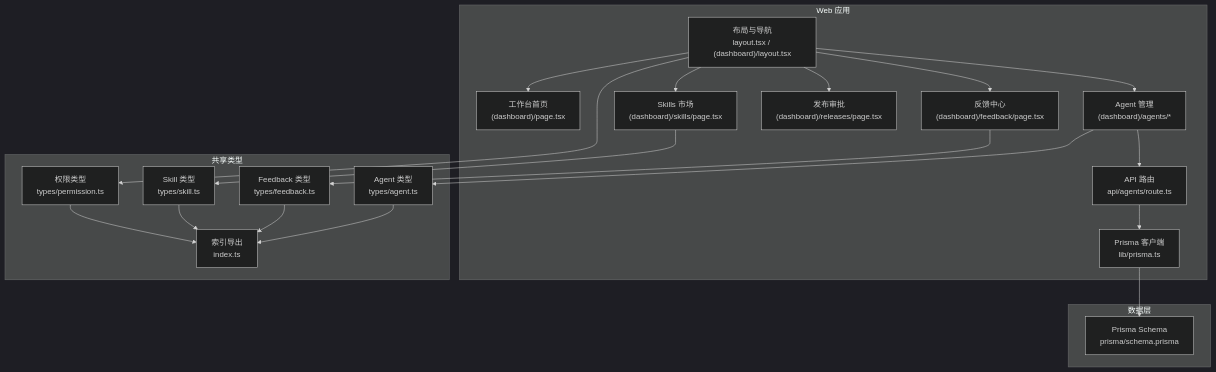
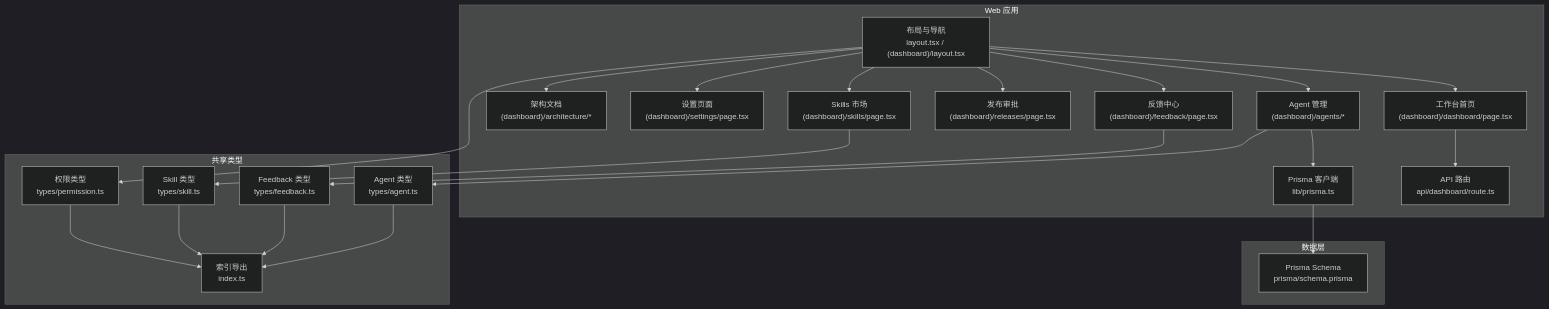
One commit to ai-guru-global/agent-up changed the first of 5 diagrams in .qoder/repowiki/zh/content/功能模块/功能模块.md. Above: the diagram before and after it, drawn with Mermaid (dark theme). The commit also changed other lines of this file and 13 other files, not shown here.

````diff
--- a/.qoder/repowiki/zh/content/功能模块/功能模块.md
+++ b/.qoder/repowiki/zh/content/功能模块/功能模块.md
@@ -45,39 +58,43 @@
 ```mermaid
 graph TB
 subgraph "Web 应用"
 A["布局与导航<br/>layout.tsx / (dashboard)/layout.tsx"]
-B["工作台首页<br/>(dashboard)/page.tsx"]
+B["工作台首页<br/>(dashboard)/dashboard/page.tsx"]
 C["Agent 管理<br/>(dashboard)/agents/*"]
 D["反馈中心<br/>(dashboard)/feedback/page.tsx"]
 E["发布审批<br/>(dashboard)/releases/page.tsx"]
 F["Skills 市场<br/>(dashboard)/skills/page.tsx"]
-G["API 路由<br/>api/agents/route.ts"]
-H["Prisma 客户端<br/>lib/prisma.ts"]
+G["设置页面<br/>(dashboard)/settings/page.tsx"]
+H["架构文档<br/>(dashboard)/architecture/*"]
+I["API 路由<br/>api/dashboard/route.ts"]
+J["Prisma 客户端<br/>lib/prisma.ts"]
 end
 subgraph "共享类型"
 S1["Agent 类型<br/>types/agent.ts"]
 S2["Feedback 类型<br/>types/feedback.ts"]
 S3["Skill 类型<br/>types/skill.ts"]
 S4["权限类型<br/>types/permission.ts"]
 S5["索引导出<br/>index.ts"]
 end
 subgraph "数据层"
 P["Prisma Schema<br/>prisma/schema.prisma"]
 end
 A --> B
 A --> C
 A --> D
 A --> E
 A --> F
-C --> G
-G --> H
-H --> P
+A --> G
+A --> H
+B --> I
+C --> J
+J --> P
 C --> S1
 D --> S2
 F --> S3
 A --> S4
 S1 --> S5
 S2 --> S5
 S3 --> S5
 S4 --> S5
 ```
````
